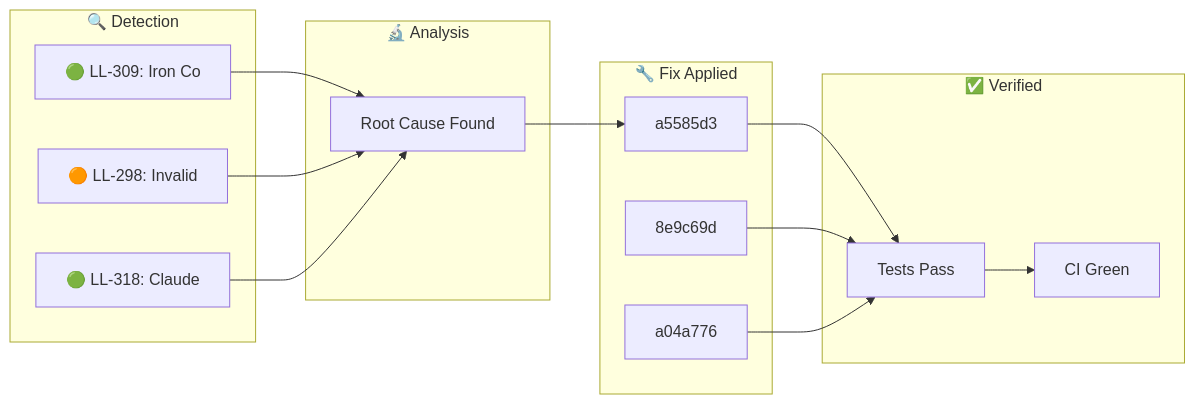
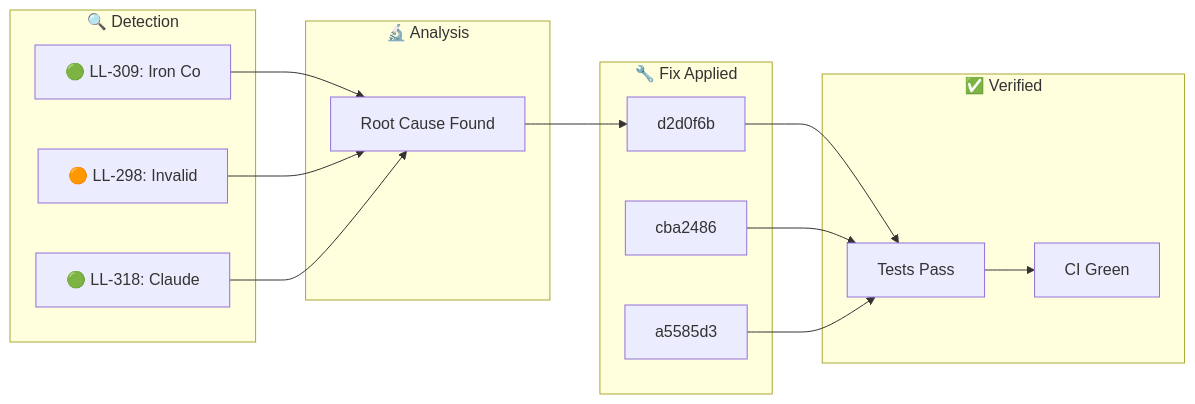
Before and after one commit to YoByron/trading: the diagram in docs/_posts/2026-01-31-ralph-discovery.md, drawn with Mermaid. The commit also changed other lines of this file, not shown here.

````diff
--- a/docs/_posts/2026-01-31-ralph-discovery.md
+++ b/docs/_posts/2026-01-31-ralph-discovery.md
@@ -17,28 +17,28 @@
 ```mermaid
 flowchart LR
     subgraph Detection["🔍 Detection"]
         D1["🟢 LL-309: Iron Co"]
         D2["🟠 LL-298: Invalid"]
         D3["🟢 LL-318: Claude "]
     end
     subgraph Analysis["🔬 Analysis"]
         A1["Root Cause Found"]
     end
     subgraph Fix["🔧 Fix Applied"]
-        F1["a5585d3"]
-        F2["8e9c69d"]
-        F3["a04a776"]
+        F1["d2d0f6b"]
+        F2["cba2486"]
+        F3["a5585d3"]
     end
     subgraph Verify["✅ Verified"]
         V1["Tests Pass"]
         V2["CI Green"]
     end
     D1 --> A1
     D2 --> A1
     D3 --> A1
     A1 --> F1
     F1 --> V1
     F2 --> V1
     F3 --> V1
     V1 --> V2
 ```
````
